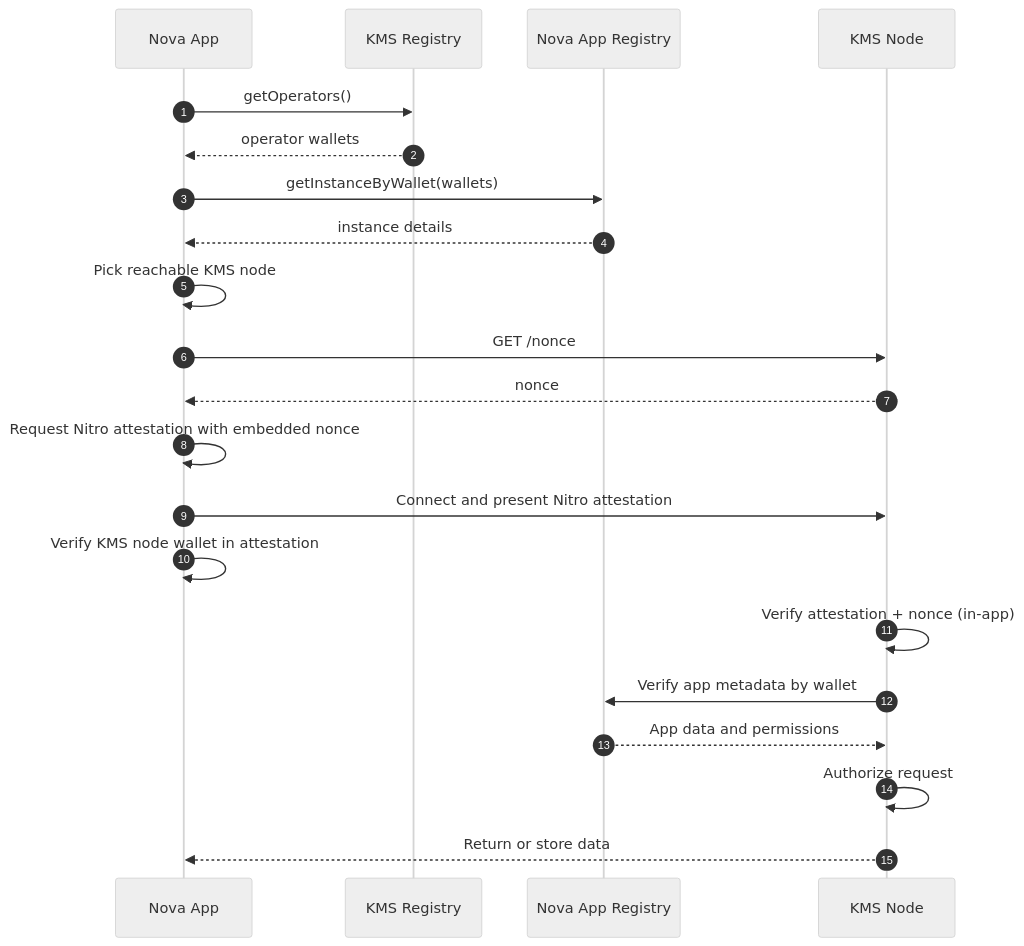
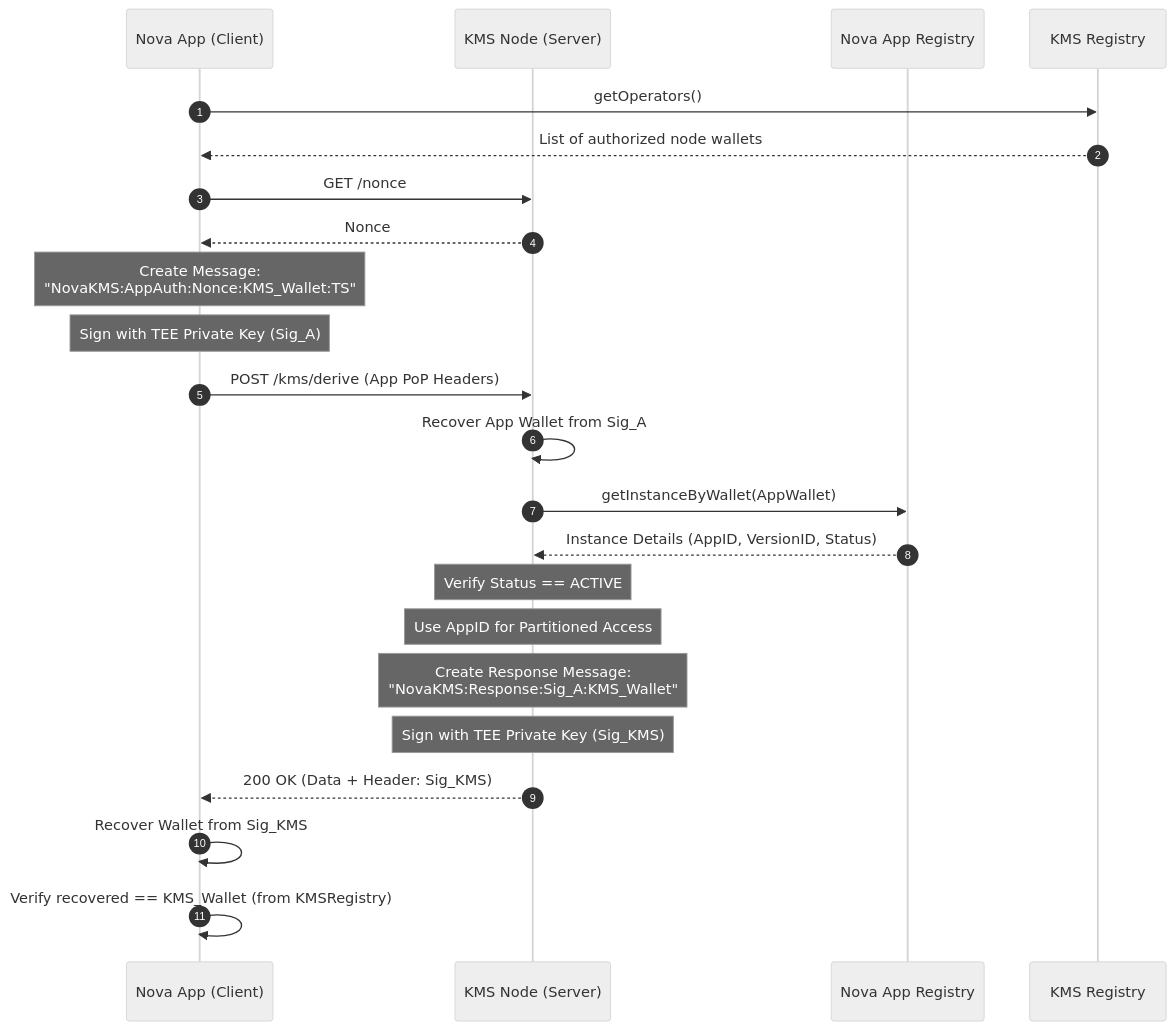
The fifth of 5 diagrams in docs/kms-core-workflows.md (sparsity-xyz/nova-kms), drawn with Mermaid (neutral theme) before and after one commit. The commit also changed other lines of this file and 4 other files, not shown here.

````diff
--- a/docs/kms-core-workflows.md
+++ b/docs/kms-core-workflows.md
@@ -148,24 +199,34 @@
 ```mermaid
 sequenceDiagram
     autonumber
-    participant NovaApp as Nova App
-    participant KMSRegistry as KMS Registry
-    participant NovaRegistry as Nova App Registry
-    participant KMSNode as KMS Node
+    participant App as Nova App (Client)
+    participant KMS as KMS Node (Server)
+    participant AppReg as Nova App Registry
+    participant KMSReg as KMS Registry
 
-    NovaApp->>KMSRegistry: getOperators()
-    KMSRegistry-->>NovaApp: operator wallets
-    NovaApp->>NovaRegistry: getInstanceByWallet(wallets)
-    NovaRegistry-->>NovaApp: instance details
-    NovaApp->>NovaApp: Pick reachable KMS node
-    NovaApp->>KMSNode: GET /nonce
-    KMSNode-->>NovaApp: nonce
-    NovaApp->>NovaApp: Request Nitro attestation with embedded nonce
-    NovaApp->>KMSNode: Connect and present Nitro attestation
-    NovaApp->>NovaApp: Verify KMS node wallet in attestation
-    KMSNode->>KMSNode: Verify attestation + nonce (in-app)
-    KMSNode->>NovaRegistry: Verify app metadata by wallet
-    NovaRegistry-->>KMSNode: App data and permissions
-    KMSNode->>KMSNode: Authorize request
-    KMSNode-->>NovaApp: Return or store data
+    App->>KMSReg: getOperators()
+    KMSReg-->>App: List of authorized node wallets
+    
+    App->>KMS: GET /nonce
+    KMS-->>App: Nonce
+    
+    Note over App: Create Message:<br/>"NovaKMS:AppAuth:Nonce:KMS_Wallet:TS"
+    Note over App: Sign with TEE Private Key (Sig_A)
+    
+    App->>KMS: POST /kms/derive (App PoP Headers)
+    
+    KMS->>KMS: Recover App Wallet from Sig_A
+    KMS->>AppReg: getInstanceByWallet(AppWallet)
+    AppReg-->>KMS: Instance Details (AppID, VersionID, Status)
+    
+    Note over KMS: Verify Status == ACTIVE
+    Note over KMS: Use AppID for Partitioned Access
+    
+    Note over KMS: Create Response Message:<br/>"NovaKMS:Response:Sig_A:KMS_Wallet"
+    Note over KMS: Sign with TEE Private Key (Sig_KMS)
+
+    KMS-->>App: 200 OK (Data + Header: Sig_KMS)
+    
+    App->>App: Recover Wallet from Sig_KMS
+    App->>App: Verify recovered == KMS_Wallet (from KMSRegistry)
 ```
````
